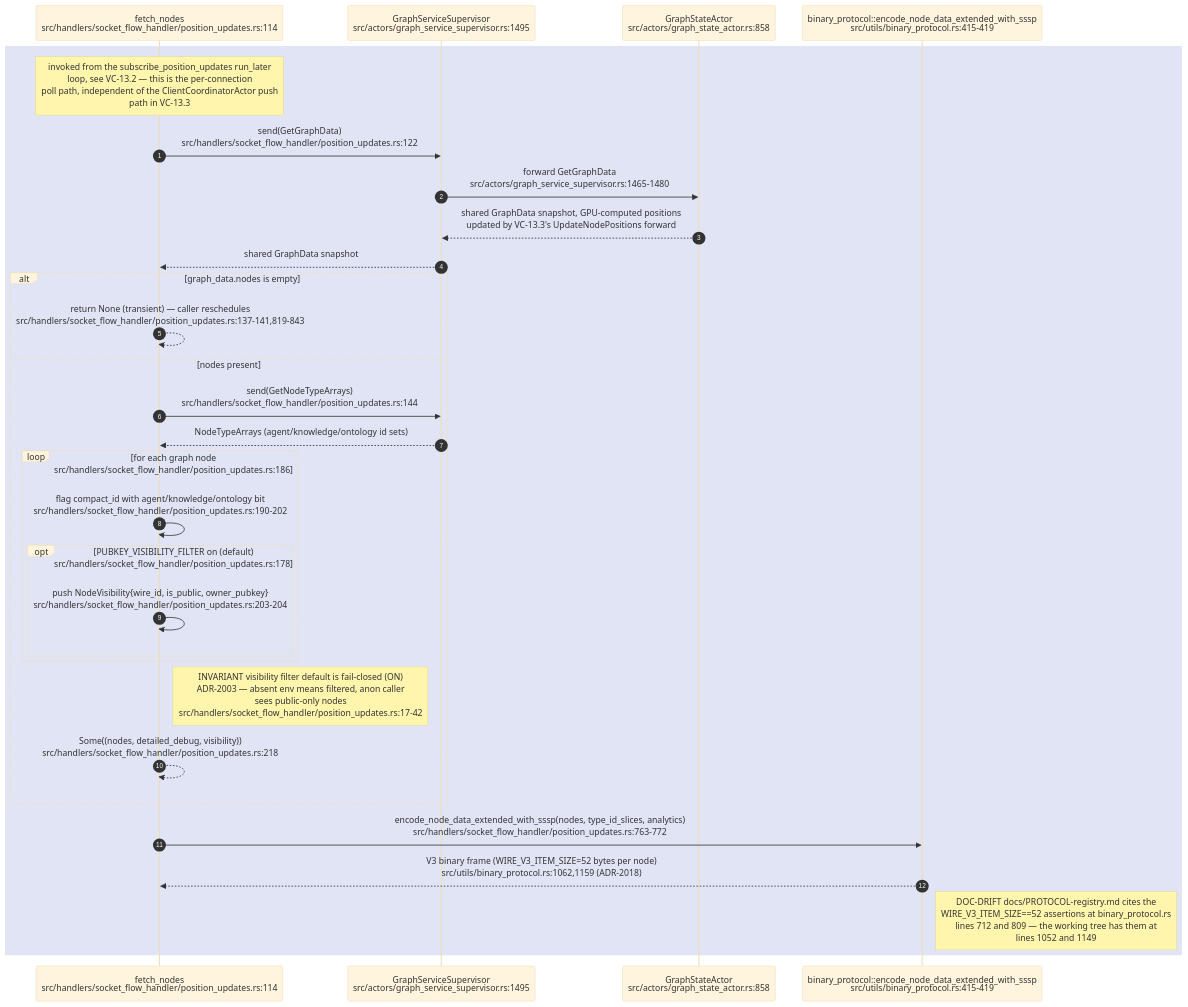
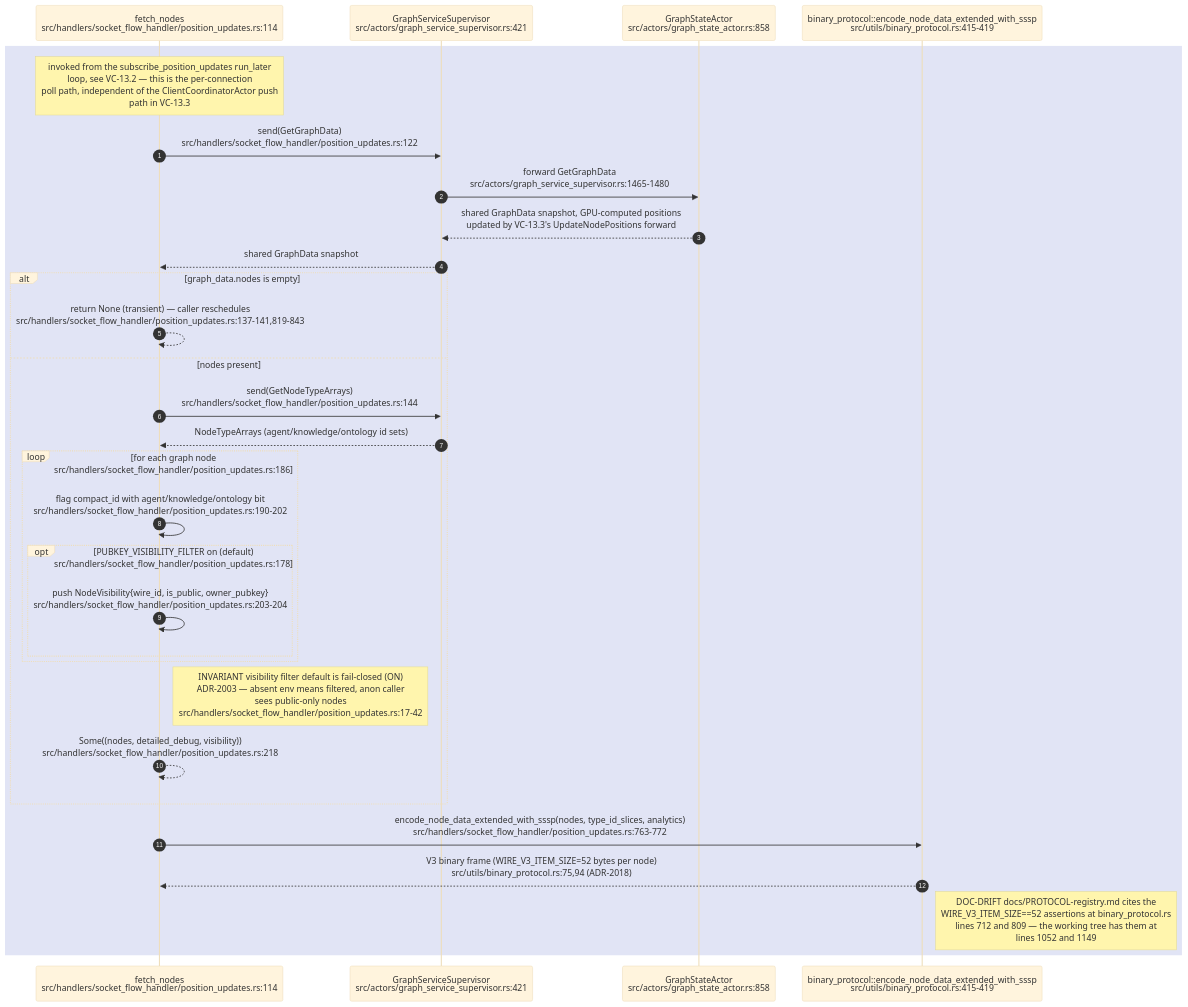
Before and after one commit to DreamLab-AI/VisionFlow: the sixth of 7 diagrams in docs/diagrams/visionclaw/13-broadcast-pipeline-and-websocket.md, drawn with Mermaid (base theme). The commit also changed other lines of this file and 94 other files, not shown here.

First line of the commit message:
docs(diagrams): re-verify 130 topics against 2 October HEADs

````diff
--- a/docs/diagrams/visionclaw/13-broadcast-pipeline-and-websocket.md
+++ b/docs/diagrams/visionclaw/13-broadcast-pipeline-and-websocket.md
@@ -344,33 +352,33 @@
 ```mermaid
 sequenceDiagram
     autonumber
     participant PU as fetch_nodes<br/>src/handlers/socket_flow_handler/position_updates.rs:114
-    participant GSS as GraphServiceSupervisor<br/>src/actors/graph_service_supervisor.rs:1495
+    participant GSS as GraphServiceSupervisor<br/>src/actors/graph_service_supervisor.rs:421
     participant GSA as GraphStateActor<br/>src/actors/graph_state_actor.rs:858
     participant BIN as binary_protocol::encode_node_data_extended_with_sssp<br/>src/utils/binary_protocol.rs:415-419
 
     rect rgb(225,228,245)
     Note over PU: invoked from the subscribe_position_updates run_later<br/>loop, see VC-13.2 — this is the per-connection<br/>poll path, independent of the ClientCoordinatorActor push<br/>path in VC-13.3
     PU->>GSS: send(GetGraphData)<br/>src/handlers/socket_flow_handler/position_updates.rs:122
     GSS->>GSA: forward GetGraphData<br/>src/actors/graph_service_supervisor.rs:1465-1480
     GSA-->>GSS: shared GraphData snapshot, GPU-computed positions<br/>updated by VC-13.3's UpdateNodePositions forward
     GSS-->>PU: shared GraphData snapshot
     alt graph_data.nodes is empty
         PU-->>PU: return None (transient) — caller reschedules<br/>src/handlers/socket_flow_handler/position_updates.rs:137-141,819-843
     else nodes present
         PU->>GSS: send(GetNodeTypeArrays)<br/>src/handlers/socket_flow_handler/position_updates.rs:144
         GSS-->>PU: NodeTypeArrays (agent/knowledge/ontology id sets)
         loop for each graph node<br/>src/handlers/socket_flow_handler/position_updates.rs:186
             PU->>PU: flag compact_id with agent/knowledge/ontology bit<br/>src/handlers/socket_flow_handler/position_updates.rs:190-202
             opt PUBKEY_VISIBILITY_FILTER on (default)<br/>src/handlers/socket_flow_handler/position_updates.rs:178
                 PU->>PU: push NodeVisibility{wire_id, is_public, owner_pubkey}<br/>src/handlers/socket_flow_handler/position_updates.rs:203-204
             end
         end
         Note right of PU: INVARIANT visibility filter default is fail-closed (ON)<br/>ADR-2003 — absent env means filtered, anon caller<br/>sees public-only nodes<br/>src/handlers/socket_flow_handler/position_updates.rs:17-42
         PU-->>PU: Some((nodes, detailed_debug, visibility))<br/>src/handlers/socket_flow_handler/position_updates.rs:218
     end
     PU->>BIN: encode_node_data_extended_with_sssp(nodes, type_id_slices, analytics)<br/>src/handlers/socket_flow_handler/position_updates.rs:763-772
-    BIN-->>PU: V3 binary frame (WIRE_V3_ITEM_SIZE=52 bytes per node)<br/>src/utils/binary_protocol.rs:1062,1159 (ADR-2018)
+    BIN-->>PU: V3 binary frame (WIRE_V3_ITEM_SIZE=52 bytes per node)<br/>src/utils/binary_protocol.rs:75,94 (ADR-2018)
     Note right of BIN: DOC-DRIFT docs/PROTOCOL-registry.md cites the<br/>WIRE_V3_ITEM_SIZE==52 assertions at binary_protocol.rs<br/>lines 712 and 809 — the working tree has them at<br/>lines 1052 and 1149
     end
 ```
````
